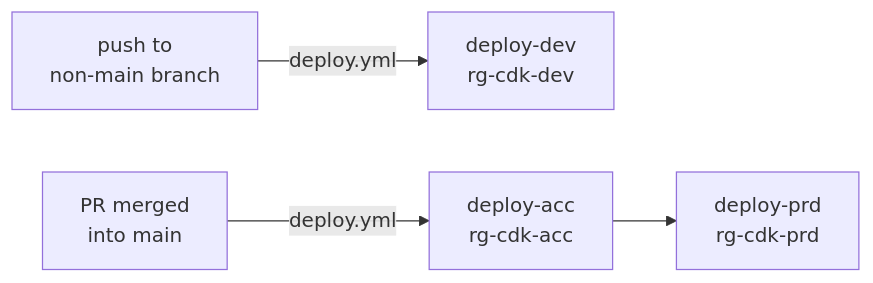
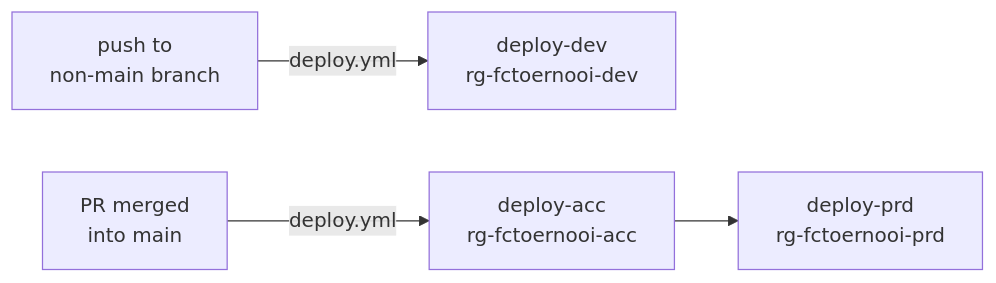
Before and after one commit to thepercival/fctoernooi-llm: the first of 3 diagrams in readme.md, drawn with Mermaid. The commit also changed other lines of this file and 3 other files, not shown here.

````diff
--- a/readme.md
+++ b/readme.md
@@ -7,6 +7,6 @@
 ```mermaid
 flowchart LR
-    A[push to\nnon-main branch] -->|deploy.yml| B[deploy-dev\nrg-cdk-dev]
-    C[PR merged\ninto main] -->|deploy.yml| D[deploy-acc\nrg-cdk-acc]
-    D --> E[deploy-prd\nrg-cdk-prd]
+    A[push to\nnon-main branch] -->|deploy.yml| B[deploy-dev\nrg-fctoernooi-dev]
+    C[PR merged\ninto main] -->|deploy.yml| D[deploy-acc\nrg-fctoernooi-acc]
+    D --> E[deploy-prd\nrg-fctoernooi-prd]
 ```
````
